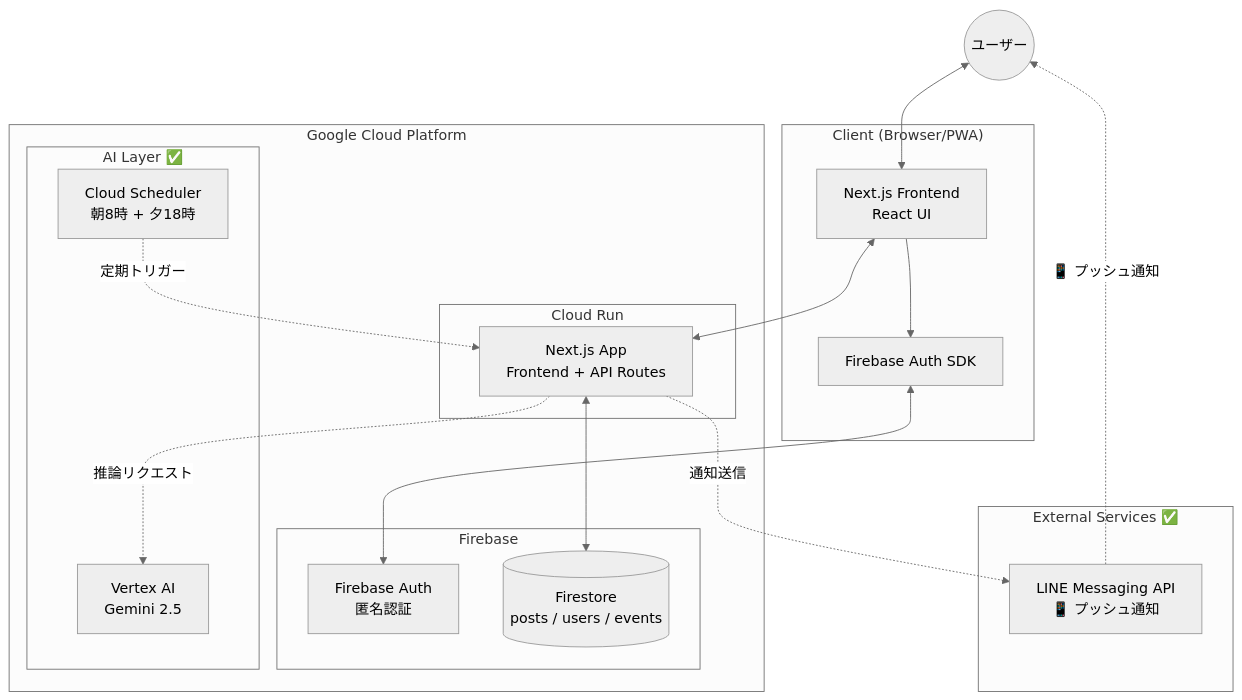
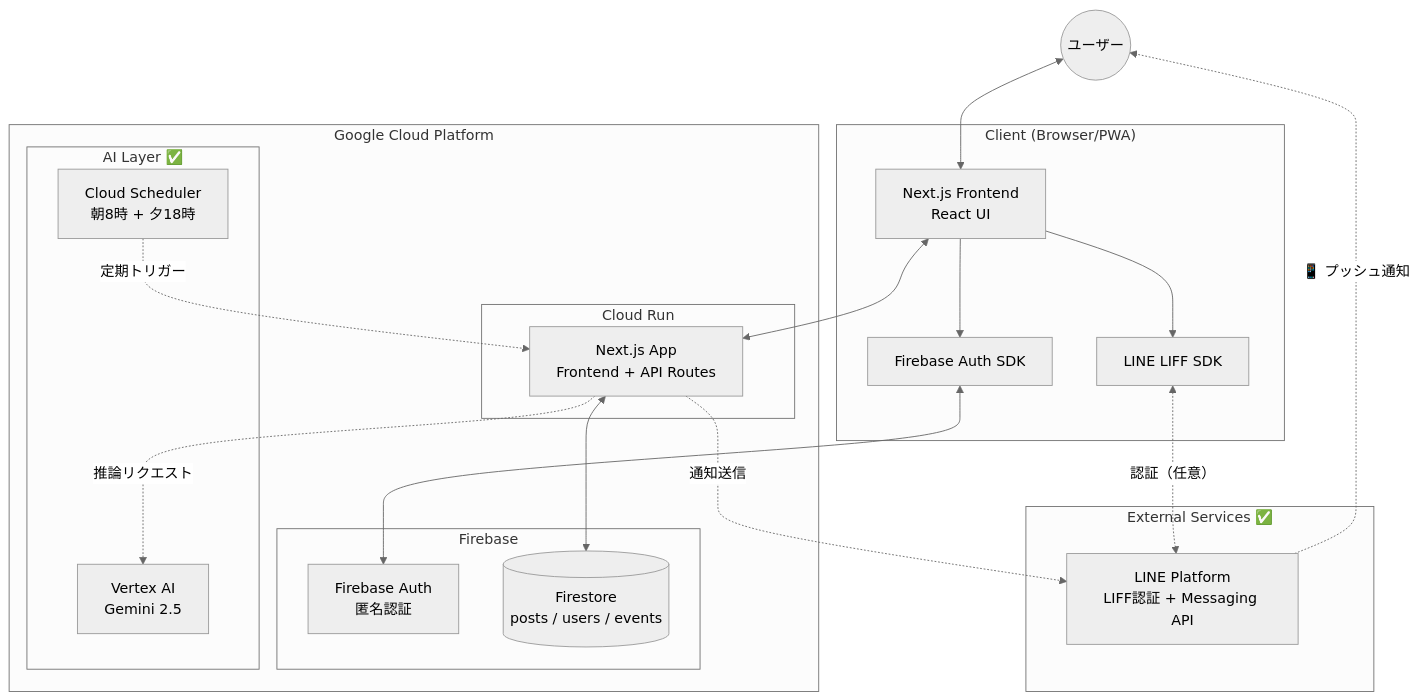
The first of 5 diagrams in README.md (nekoai-lab/tsugi-no-tokimeki), drawn with Mermaid (neutral theme) before and after one commit. The commit also changed other lines of this file, not shown here.

Commit message:
docs: READMEにデモURL・課題セクション追加、アーキテクチャ図更新

````diff
--- a/README.md
+++ b/README.md
@@ -45,39 +76,42 @@
 ```mermaid
 graph TD
     User((ユーザー))
     
     subgraph "Client (Browser/PWA)"
         UI[Next.js Frontend<br/>React UI]
         AuthSDK[Firebase Auth SDK]
+        LIFF[LINE LIFF SDK]
     end
     
     subgraph "Google Cloud Platform"
         subgraph "Cloud Run"
             API[Next.js App<br/>Frontend + API Routes]
         end
         
         subgraph "Firebase"
             Auth[Firebase Auth<br/>匿名認証]
             Firestore[(Firestore<br/>posts / users / events)]
         end
         
         subgraph "AI Layer ✅"
             VertexAI[Vertex AI<br/>Gemini 2.5]
             Scheduler[Cloud Scheduler<br/>朝8時 + 夕18時]
         end
     end
     
     subgraph "External Services ✅"
-        LINE[LINE Messaging API<br/>📱 プッシュ通知]
+        LINE[LINE Platform<br/>LIFF認証 + Messaging API]
     end
     
     User <--> UI
     UI --> AuthSDK
     AuthSDK <--> Auth
+    UI --> LIFF
+    LIFF <-.->|"認証（任意）"| LINE
     UI <--> API
     API <--> Firestore
     Scheduler -.->|"定期トリガー"| API
     API -.->|"推論リクエスト"| VertexAI
     API -.->|"通知送信"| LINE
     LINE -.->|"📱 プッシュ通知"| User
 ```
````
